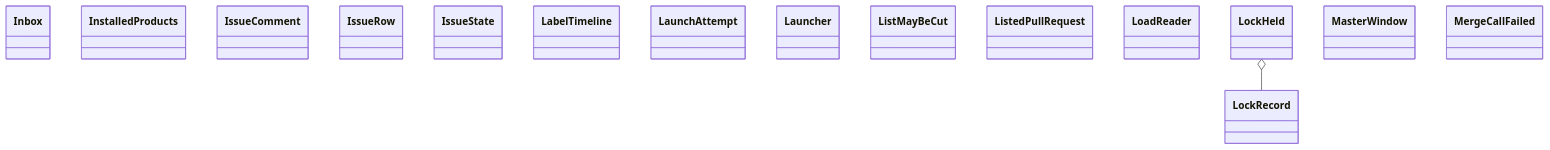
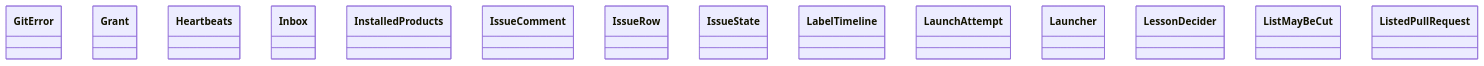
One commit to GonzaloZevallos/agentic-system changed the diagram in docs/architecture/generated/classes-process-application-support-3.md. Above: the diagram before and after it, drawn with Mermaid. The commit also changed other lines of this file and 22 other files, not shown here.

Commit message:
Place the lesson decision module in the docs clusters and regenerate the architecture pages

````diff
--- a/docs/architecture/generated/classes-process-application-support-3.md
+++ b/docs/architecture/generated/classes-process-application-support-3.md
@@ -19,19 +20,17 @@
 ```mermaid
 classDiagram
+    class ports__GitError["GitError"]
+    class ports__Grant["Grant"]
+    class ports__Heartbeats["Heartbeats"]
     class ports__Inbox["Inbox"]
     class ports__InstalledProducts["InstalledProducts"]
     class ports__IssueComment["IssueComment"]
     class ports__IssueRow["IssueRow"]
     class ports__IssueState["IssueState"]
     class ports__LabelTimeline["LabelTimeline"]
     class ports__LaunchAttempt["LaunchAttempt"]
     class ports__Launcher["Launcher"]
+    class ports__LessonDecider["LessonDecider"]
     class ports__ListMayBeCut["ListMayBeCut"]
     class ports__ListedPullRequest["ListedPullRequest"]
-    class ports__LoadReader["LoadReader"]
-    class ports__LockHeld["LockHeld"]
-    class ports__LockRecord["LockRecord"]
-    class ports__MasterWindow["MasterWindow"]
-    class ports__MergeCallFailed["MergeCallFailed"]
-    ports__LockHeld o-- ports__LockRecord
 ```
````
